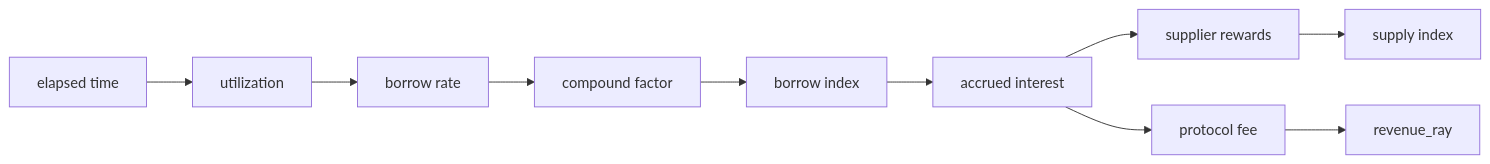
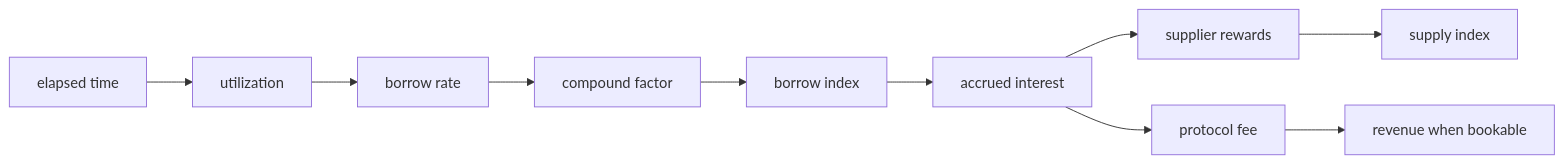
One commit to XOXNO/rs-lending-xlm changed the first of 3 diagrams in architecture/INVARIANTS.md. Above: the diagram before and after it, drawn with Mermaid. The commit also changed other lines of this file and 333 other files, not shown here.

````diff
--- a/architecture/INVARIANTS.md
+++ b/architecture/INVARIANTS.md
@@ -135,12 +160,12 @@
 ```mermaid
 flowchart LR
     A["elapsed time"] --> B["utilization"]
     B --> C["borrow rate"]
     C --> D["compound factor"]
     D --> E["borrow index"]
     E --> F["accrued interest"]
     F --> G["supplier rewards"]
     F --> H["protocol fee"]
     G --> I["supply index"]
-    H --> J["revenue_ray"]
+    H --> J["revenue when bookable"]
 ```
````
